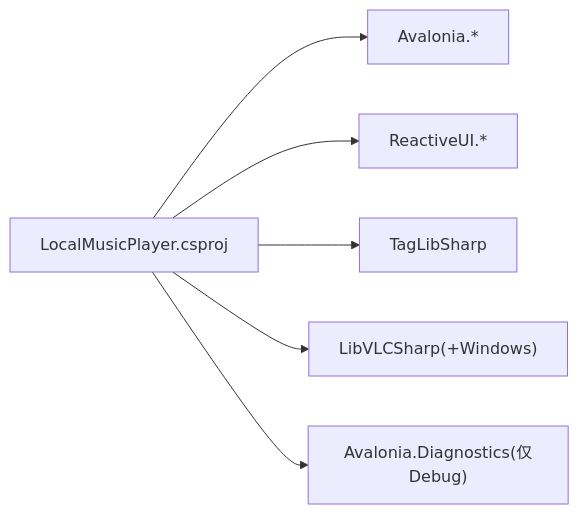
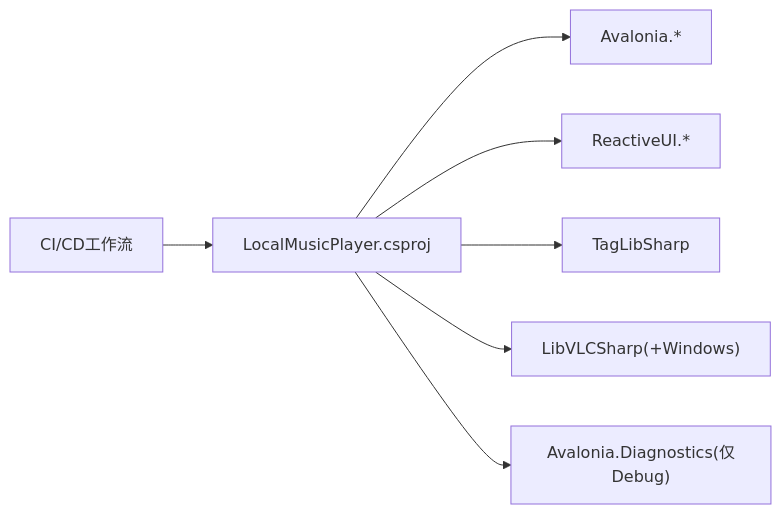
The fifth of 5 diagrams in .qoder/repowiki/zh/content/部署和发布.md (mariamjensen42-glitch/LocalMusicPlayer), drawn with Mermaid before and after one commit. The commit also changed other lines of this file and 16 other files, not shown here.

````diff
--- a/.qoder/repowiki/zh/content/部署和发布.md
+++ b/.qoder/repowiki/zh/content/部署和发布.md
@@ -262,8 +371,9 @@
 ```mermaid
 graph LR
 PROJ["LocalMusicPlayer.csproj"] --> AV["Avalonia.*"]
 PROJ --> RX["ReactiveUI.*"]
 PROJ --> TL["TagLibSharp"]
 PROJ --> VLC["LibVLCSharp(+Windows)"]
 PROJ --> DIAG["Avalonia.Diagnostics(仅Debug)"]
+WORKFLOWS["CI/CD工作流"] --> PROJ
 ```
````
